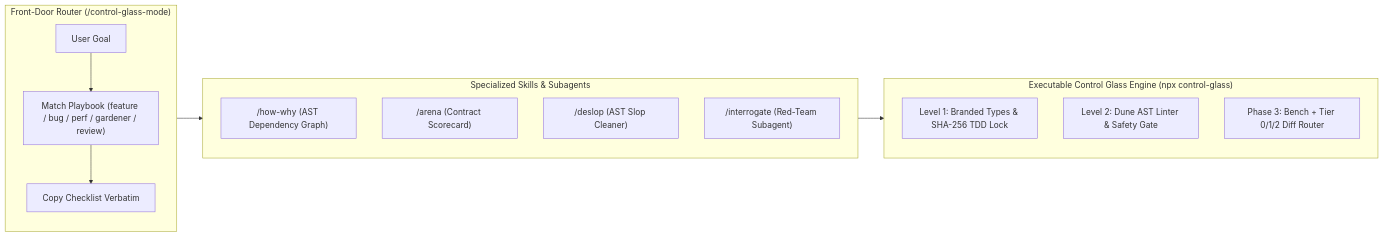
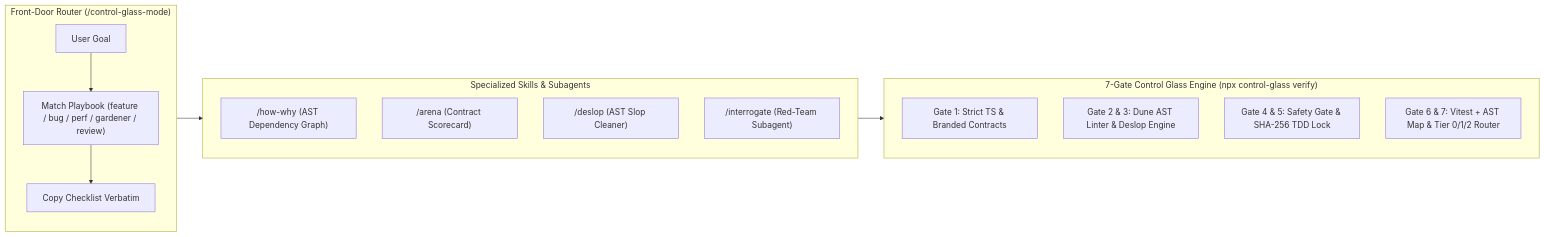
One commit to Sakeerin/control-glass changed the diagram in README.md. Above: the diagram before and after it, drawn with Mermaid. The commit also changed other lines of this file and 3 other files, not shown here.

````diff
--- a/README.md
+++ b/README.md
@@ -55,22 +57,23 @@
 ```mermaid
 flowchart LR
     subgraph Router["Front-Door Router (/control-glass-mode)"]
         R0["User Goal"] --> R1["Match Playbook (feature / bug / perf / gardener / review)"]
         R1 --> R2["Copy Checklist Verbatim"]
     end
 
     subgraph Skills["Specialized Skills & Subagents"]
         S1["/how-why (AST Dependency Graph)"]
         S2["/arena (Contract Scorecard)"]
         S3["/deslop (AST Slop Cleaner)"]
         S4["/interrogate (Red-Team Subagent)"]
     end
 
-    subgraph Engine["Executable Control Glass Engine (npx control-glass)"]
-        E1["Level 1: Branded Types & SHA-256 TDD Lock"]
-        E2["Level 2: Dune AST Linter & Safety Gate"]
-        E3["Phase 3: Bench + Tier 0/1/2 Diff Router"]
+    subgraph Engine["7-Gate Control Glass Engine (npx control-glass verify)"]
+        E1["Gate 1: Strict TS & Branded Contracts"]
+        E2["Gate 2 & 3: Dune AST Linter & Deslop Engine"]
+        E3["Gate 4 & 5: Safety Gate & SHA-256 TDD Lock"]
+        E4["Gate 6 & 7: Vitest + AST Map & Tier 0/1/2 Router"]
     end
 
     Router --> Skills --> Engine
 ```
````
